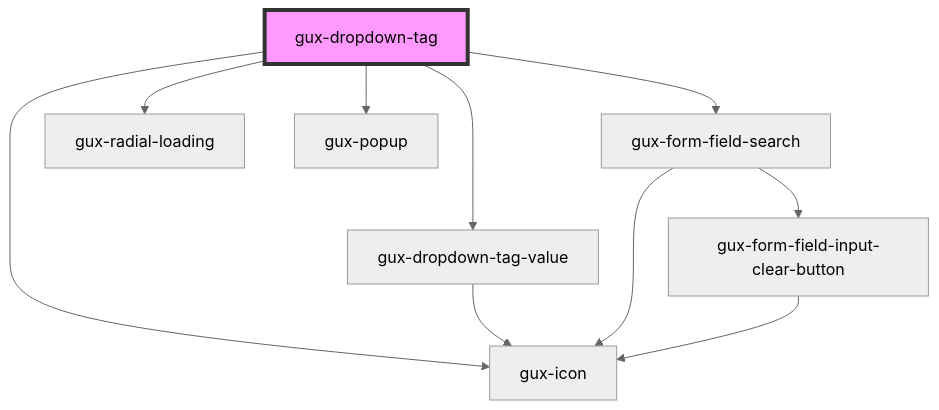
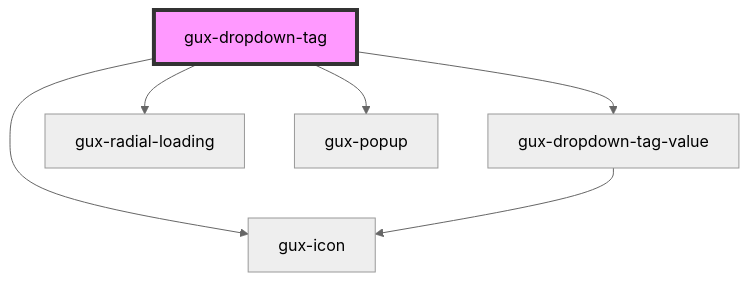
One commit to sonaliGenesys/genesys-webcomponents changed the diagram in src/components/beta/gux-dropdown-tag/readme.md. Above: the diagram before and after it, drawn with Mermaid (neutral theme). The commit also changed other lines of this file and 3 other files, not shown here.

````diff
--- a/src/components/beta/gux-dropdown-tag/readme.md
+++ b/src/components/beta/gux-dropdown-tag/readme.md
@@ -61,13 +53,9 @@
 ```mermaid
 graph TD;
   gux-dropdown-tag --> gux-dropdown-tag-value
-  gux-dropdown-tag --> gux-form-field-search
   gux-dropdown-tag --> gux-icon
   gux-dropdown-tag --> gux-radial-loading
   gux-dropdown-tag --> gux-popup
   gux-dropdown-tag-value --> gux-icon
-  gux-form-field-search --> gux-icon
-  gux-form-field-search --> gux-form-field-input-clear-button
-  gux-form-field-input-clear-button --> gux-icon
   style gux-dropdown-tag fill:#f9f,stroke:#333,stroke-width:4px
 ```
````
